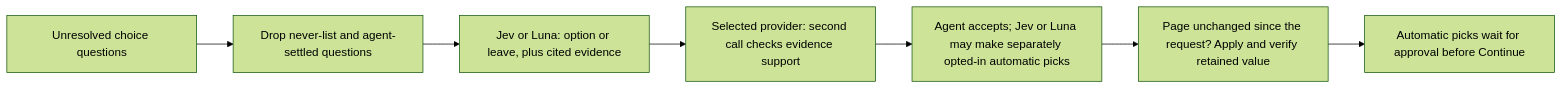
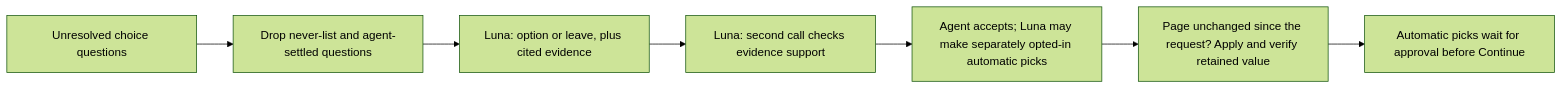
One commit to lutfikeskin/tni-rater-autofill changed the diagram in docs/ai-assistant.md. Above: the diagram before and after it, drawn with Mermaid (forest theme). The commit also changed other lines of this file and 29 other files, not shown here.

First line of the commit message:
ref(ai): Remove Jev and keep Luna assistance

````diff
--- a/docs/ai-assistant.md
+++ b/docs/ai-assistant.md
@@ -23,9 +23,9 @@
 ```mermaid
 flowchart LR
     A[Unresolved choice questions] --> B[Drop never-list and agent-settled questions]
-    B --> C[Jev or Luna: option or leave, plus cited evidence]
-    C --> D[Selected provider: second call checks evidence support]
-    D --> E[Agent accepts; Jev or Luna may make separately opted-in automatic picks]
+    B --> C[Luna: option or leave, plus cited evidence]
+    C --> D[Luna: second call checks evidence support]
+    D --> E[Agent accepts; Luna may make separately opted-in automatic picks]
     E --> F[Page unchanged since the request? Apply and verify retained value]
     F --> G[Automatic picks wait for approval before Continue]
 ```
````
